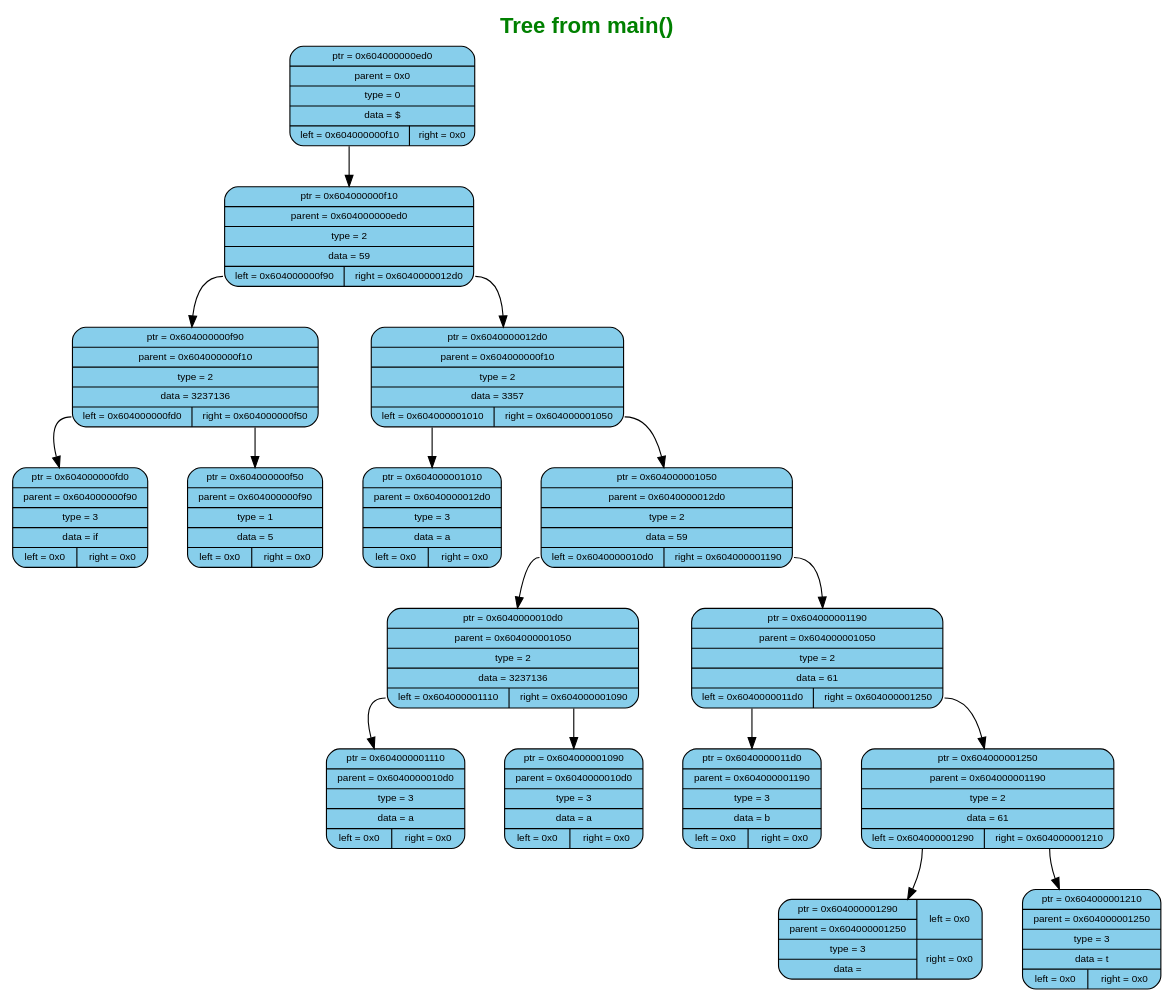
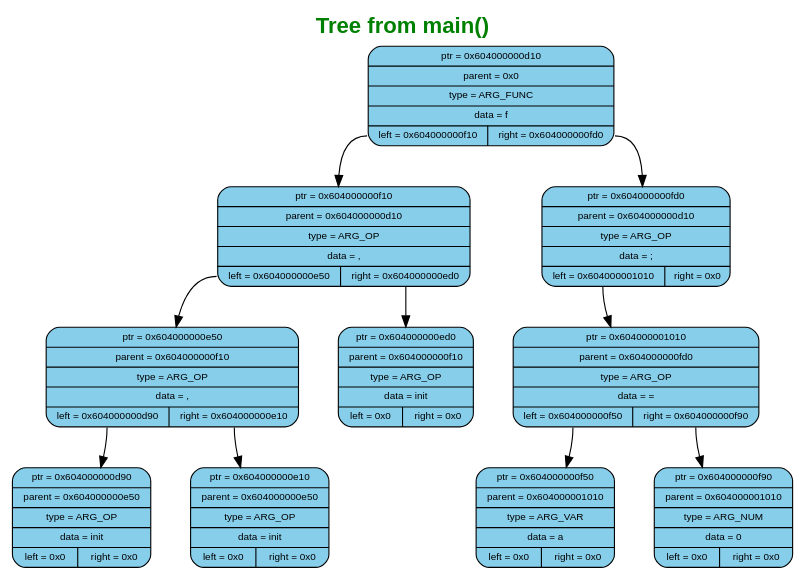
Before and after one commit to murugov/Language: the diagram in reports/trees/tree0/tree.dot, drawn with Graphviz. The commit also changed 34 other files, not shown here.

```diff
--- a/reports/trees/tree0/tree.dot
+++ b/reports/trees/tree0/tree.dot
@@ -1,45 +1,33 @@
 digraph G {
 	label=<<B>Tree from main()</B>>;
 	fontcolor="#008000";
 	fontname="Arial";
 	labelloc="top";
 	labeljust="center";
 	fontsize=20;
 	rankdir=TB;
 	center=true;
 	nodesep=0.5;
 	ranksep=0.5;
 	node[fontsize=9, shape=box, width=0.7, height=0.4, style="filled, rounded", fontname="Arial"];
 
-	n0 [shape=record, label="{ptr = 0x604000000ed0 | parent = 0x0 | type = 0 | data = $ | {<left> left = 0x604000000f10 | <right> right = 0x0}}", fillcolor="#87CEEB", color="black"]
-	n1 [shape=record, label="{ptr = 0x604000000f10 | parent = 0x604000000ed0 | type = 2 | data = 59 | {<left> left = 0x604000000f90 | <right> right = 0x6040000012d0}}", fillcolor="#87CEEB", color="black"]
+	n0 [shape=record, label="{ptr = 0x604000000d10 | parent = 0x0 | type = ARG_FUNC | data = f | {<left> left = 0x604000000f10 | <right> right = 0x604000000fd0}}", fillcolor="#87CEEB", color="black"]
+	n1 [shape=record, label="{ptr = 0x604000000f10 | parent = 0x604000000d10 | type = ARG_OP | data = , | {<left> left = 0x604000000e50 | <right> right = 0x604000000ed0}}", fillcolor="#87CEEB", color="black"]
 	n0:left -> n1
-	n2 [shape=record, label="{ptr = 0x604000000f90 | parent = 0x604000000f10 | type = 2 | data = 3237136 | {<left> left = 0x604000000fd0 | <right> right = 0x604000000f50}}", fillcolor="#87CEEB", color="black"]
-	n1:left -> n2
-	n3 [shape=record, label="{ptr = 0x6040000012d0 | parent = 0x604000000f10 | type = 2 | data = 3357 | {<left> left = 0x604000001010 | <right> right = 0x604000001050}}", fillcolor="#87CEEB", color="black"]
-	n1:right -> n3
-	n4 [shape=record, label="{ptr = 0x604000001010 | parent = 0x6040000012d0 | type = 3 | data = a | {<left> left = 0x0 | <right> right = 0x0}}", fillcolor="#87CEEB", color="black"]
+	n2 [shape=record, label="{ptr = 0x604000000fd0 | parent = 0x604000000d10 | type = ARG_OP | data = ; | {<left> left = 0x604000001010 | <right> right = 0x0}}", fillcolor="#87CEEB", color="black"]
+	n0:right -> n2
+	n3 [shape=record, label="{ptr = 0x604000001010 | parent = 0x604000000fd0 | type = ARG_OP | data = = | {<left> left = 0x604000000f50 | <right> right = 0x604000000f90}}", fillcolor="#87CEEB", color="black"]
+	n2:left -> n3
+	n4 [shape=record, label="{ptr = 0x604000000f50 | parent = 0x604000001010 | type = ARG_VAR | data = a | {<left> left = 0x0 | <right> right = 0x0}}", fillcolor="#87CEEB", color="black"]
 	n3:left -> n4
-	n5 [shape=record, label="{ptr = 0x604000001050 | parent = 0x6040000012d0 | type = 2 | data = 59 | {<left> left = 0x6040000010d0 | <right> right = 0x604000001190}}", fillcolor="#87CEEB", color="black"]
+	n5 [shape=record, label="{ptr = 0x604000000f90 | parent = 0x604000001010 | type = ARG_NUM | data = 0 | {<left> left = 0x0 | <right> right = 0x0}}", fillcolor="#87CEEB", color="black"]
 	n3:right -> n5
-	n6 [shape=record, label="{ptr = 0x6040000010d0 | parent = 0x604000001050 | type = 2 | data = 3237136 | {<left> left = 0x604000001110 | <right> right = 0x604000001090}}", fillcolor="#87CEEB", color="black"]
-	n5:left -> n6
-	n7 [shape=record, label="{ptr = 0x604000001190 | parent = 0x604000001050 | type = 2 | data = 61 | {<left> left = 0x6040000011d0 | <right> right = 0x604000001250}}", fillcolor="#87CEEB", color="black"]
-	n5:right -> n7
-	n8 [shape=record, label="{ptr = 0x6040000011d0 | parent = 0x604000001190 | type = 3 | data = b | {<left> left = 0x0 | <right> right = 0x0}}", fillcolor="#87CEEB", color="black"]
-	n7:left -> n8
-	n9 [shape=record, label="{ptr = 0x604000001250 | parent = 0x604000001190 | type = 2 | data = 61 | {<left> left = 0x604000001290 | <right> right = 0x604000001210}}", fillcolor="#87CEEB", color="black"]
-	n7:right -> n9
-	n10 [shape=record, label="{ptr = 0x604000001290 | parent = 0x604000001250 | type = 3 | data = } | {<left> left = 0x0 | <right> right = 0x0}}", fillcolor="#87CEEB", color="black"]
-	n9:left -> n10
-	n11 [shape=record, label="{ptr = 0x604000001210 | parent = 0x604000001250 | type = 3 | data = t | {<left> left = 0x0 | <right> right = 0x0}}", fillcolor="#87CEEB", color="black"]
-	n9:right -> n11
-	n12 [shape=record, label="{ptr = 0x604000001110 | parent = 0x6040000010d0 | type = 3 | data = a | {<left> left = 0x0 | <right> right = 0x0}}", fillcolor="#87CEEB", color="black"]
-	n6:left -> n12
-	n13 [shape=record, label="{ptr = 0x604000001090 | parent = 0x6040000010d0 | type = 3 | data = a | {<left> left = 0x0 | <right> right = 0x0}}", fillcolor="#87CEEB", color="black"]
-	n6:right -> n13
-	n14 [shape=record, label="{ptr = 0x604000000fd0 | parent = 0x604000000f90 | type = 3 | data = if | {<left> left = 0x0 | <right> right = 0x0}}", fillcolor="#87CEEB", color="black"]
-	n2:left -> n14
-	n15 [shape=record, label="{ptr = 0x604000000f50 | parent = 0x604000000f90 | type = 1 | data = 5 | {<left> left = 0x0 | <right> right = 0x0}}", fillcolor="#87CEEB", color="black"]
-	n2:right -> n15
+	n6 [shape=record, label="{ptr = 0x604000000e50 | parent = 0x604000000f10 | type = ARG_OP | data = , | {<left> left = 0x604000000d90 | <right> right = 0x604000000e10}}", fillcolor="#87CEEB", color="black"]
+	n1:left -> n6
+	n7 [shape=record, label="{ptr = 0x604000000ed0 | parent = 0x604000000f10 | type = ARG_OP | data = init | {<left> left = 0x0 | <right> right = 0x0}}", fillcolor="#87CEEB", color="black"]
+	n1:right -> n7
+	n8 [shape=record, label="{ptr = 0x604000000d90 | parent = 0x604000000e50 | type = ARG_OP | data = init | {<left> left = 0x0 | <right> right = 0x0}}", fillcolor="#87CEEB", color="black"]
+	n6:left -> n8
+	n9 [shape=record, label="{ptr = 0x604000000e10 | parent = 0x604000000e50 | type = ARG_OP | data = init | {<left> left = 0x0 | <right> right = 0x0}}", fillcolor="#87CEEB", color="black"]
+	n6:right -> n9
 }
```
